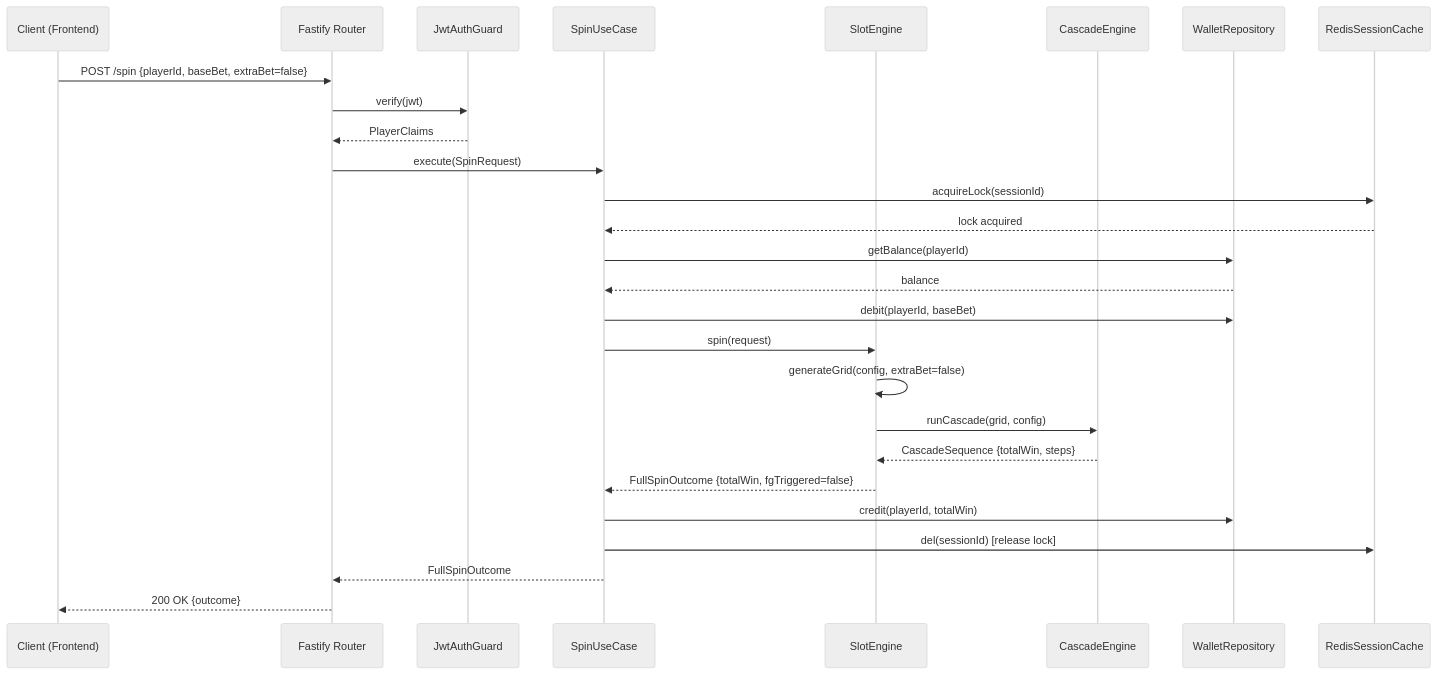
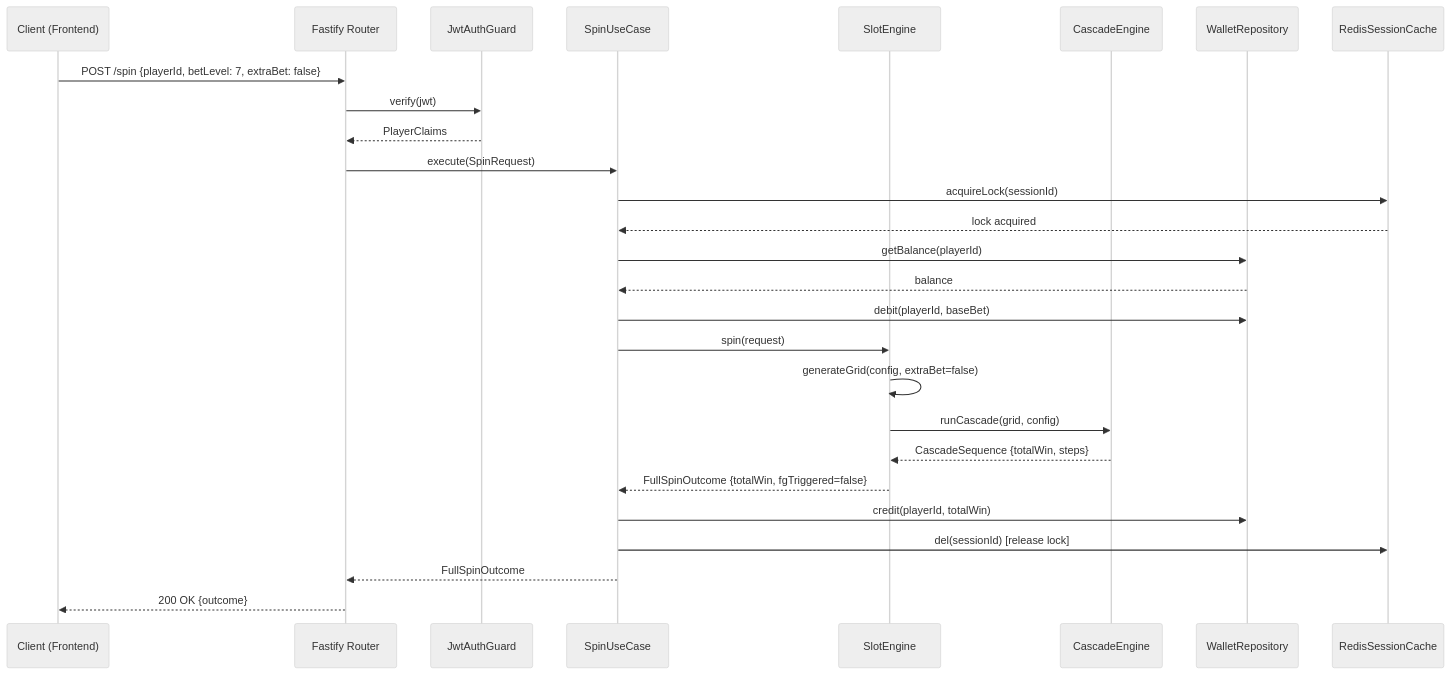
One commit to ibalasite/slot changed the sixth of 16 diagrams in docs/EDD.md. Above: the diagram before and after it, drawn with Mermaid (neutral theme). The commit also changed other lines of this file and 1 other file, not shown here.

````diff
--- a/docs/EDD.md
+++ b/docs/EDD.md
@@ -680,30 +680,30 @@
 ```mermaid
 sequenceDiagram
     participant C as Client (Frontend)
     participant R as Fastify Router
     participant A as JwtAuthGuard
     participant SU as SpinUseCase
     participant SE as SlotEngine
     participant CE as CascadeEngine
     participant WR as WalletRepository
     participant RC as RedisSessionCache
 
-    C->>R: POST /spin {playerId, baseBet, extraBet=false}
+    C->>R: POST /spin {playerId, betLevel: 7, extraBet: false}
     R->>A: verify(jwt)
     A-->>R: PlayerClaims
     R->>SU: execute(SpinRequest)
     SU->>RC: acquireLock(sessionId)
     RC-->>SU: lock acquired
     SU->>WR: getBalance(playerId)
     WR-->>SU: balance
     SU->>WR: debit(playerId, baseBet)
     SU->>SE: spin(request)
     SE->>SE: generateGrid(config, extraBet=false)
     SE->>CE: runCascade(grid, config)
     CE-->>SE: CascadeSequence {totalWin, steps}
     SE-->>SU: FullSpinOutcome {totalWin, fgTriggered=false}
     SU->>WR: credit(playerId, totalWin)
     SU->>RC: del(sessionId) [release lock]
     SU-->>R: FullSpinOutcome
     R-->>C: 200 OK {outcome}
 ```
````
